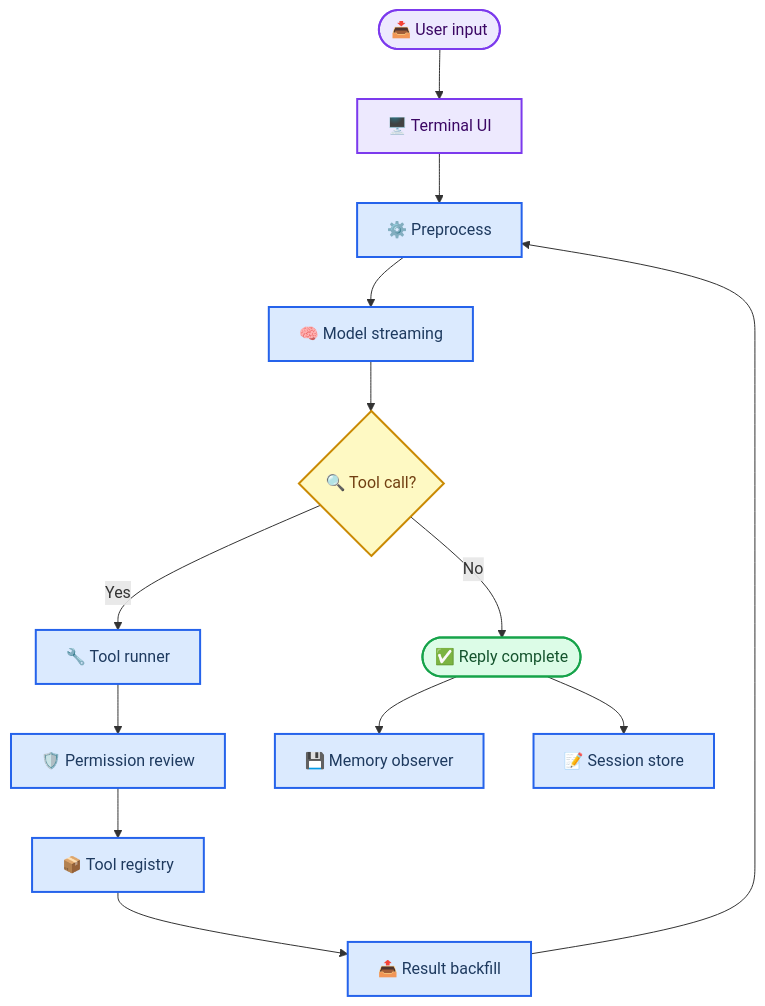
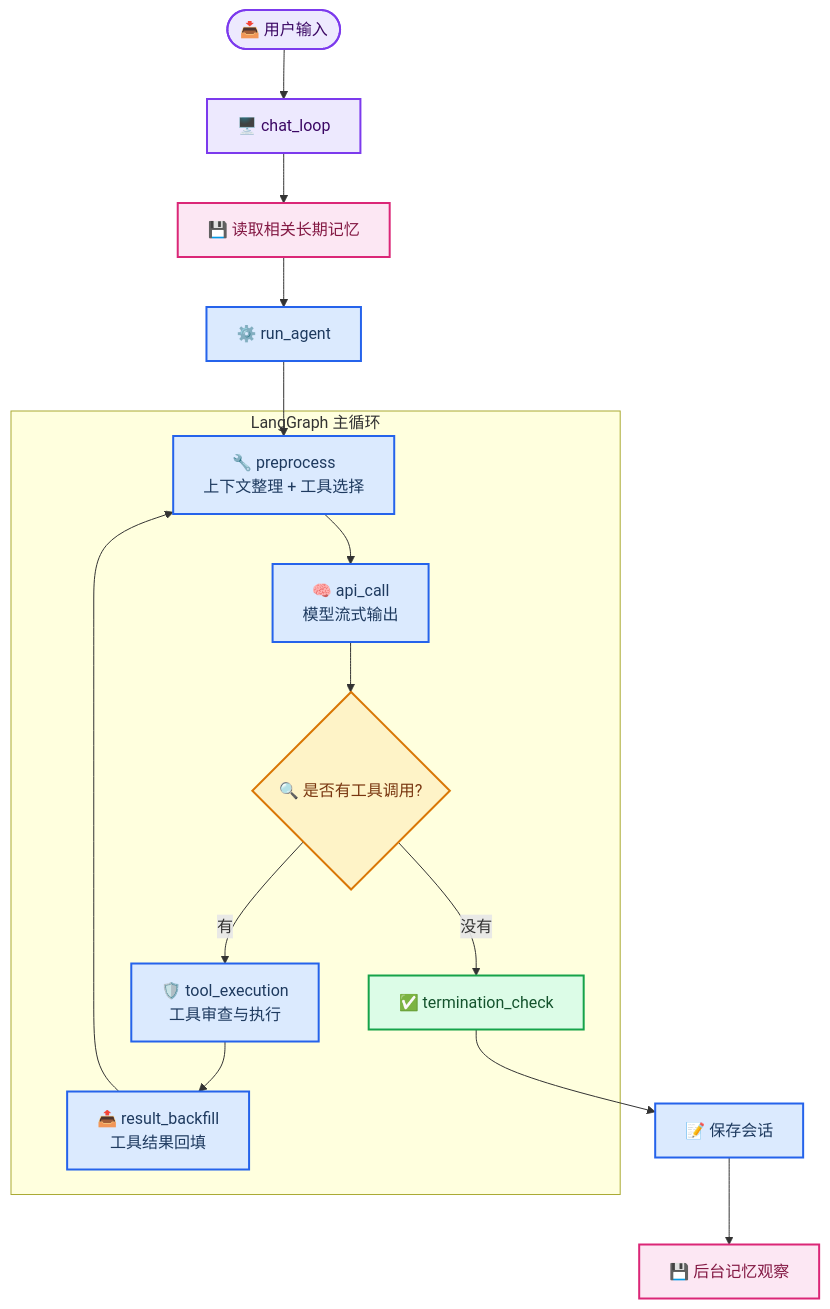
The diagram in README.md (Anorlx/real_agent), drawn with Mermaid before and after one commit. The commit also changed other lines of this file and 2 other files, not shown here.

Commit message:
Refine repository README diagrams

````diff
--- a/README.md
+++ b/README.md
@@ -45,28 +48,41 @@
 ```mermaid
 flowchart TB
-    accTitle: code_agent Runtime Flow
-    accDescr: Runtime flow from terminal input through LangGraph preprocessing, model streaming, tool execution, result backfill, memory observation, and session persistence
+    accTitle: code_agent Runtime Path
+    accDescr: One user turn flows from terminal input through memory retrieval, LangGraph preprocessing, model streaming, optional tool execution, result backfill, and finally session and memory persistence.
 
-    user_input([📥 User input]) --> terminal[🖥️ Terminal UI]
-    terminal --> preprocess[⚙️ Preprocess]
-    preprocess --> api_call[🧠 Model streaming]
-    api_call --> has_tool{🔍 Tool call?}
-    has_tool -->|No| finish([✅ Reply complete])
-    has_tool -->|Yes| tool_runner[🔧 Tool runner]
-    tool_runner --> permission[🛡️ Permission review]
-    permission --> tools[📦 Tool registry]
-    tools --> backfill[📤 Result backfill]
-    backfill --> preprocess
-    finish --> memory[💾 Memory observer]
-    finish --> session[📝 Session store]
+    user_input([📥 用户输入]) --> cli[🖥️ chat_loop]
+    cli --> memory_retrieval[💾 读取相关长期记忆]
+    memory_retrieval --> run_agent[⚙️ run_agent]
+
+    subgraph graph_loop ["LangGraph 主循环"]
+        preprocess[🔧 preprocess<br/>上下文整理 + 工具选择]
+        api_call[🧠 api_call<br/>模型流式输出]
+        branch{🔍 是否有工具调用?}
+        tool_execution[🛡️ tool_execution<br/>工具审查与执行]
+        result_backfill[📤 result_backfill<br/>工具结果回填]
+        termination[✅ termination_check]
+
+        preprocess --> api_call
+        api_call --> branch
+        branch -->|有| tool_execution
+        tool_execution --> result_backfill
+        result_backfill --> preprocess
+        branch -->|没有| termination
+    end
+
+    run_agent --> preprocess
+    termination --> save_session[📝 保存会话]
+    save_session --> memory_observer[💾 后台记忆观察]
 
     classDef input fill:#ede9fe,stroke:#7c3aed,stroke-width:2px,color:#3b0764
     classDef process fill:#dbeafe,stroke:#2563eb,stroke-width:2px,color:#1e3a5f
-    classDef decision fill:#fef9c3,stroke:#ca8a04,stroke-width:2px,color:#713f12
+    classDef memory fill:#fce7f3,stroke:#db2777,stroke-width:2px,color:#831843
+    classDef decision fill:#fef3c7,stroke:#d97706,stroke-width:2px,color:#78350f
     classDef success fill:#dcfce7,stroke:#16a34a,stroke-width:2px,color:#14532d
 
-    class user_input,terminal input
-    class preprocess,api_call,tool_runner,permission,tools,backfill,memory,session process
-    class has_tool decision
-    class finish success
+    class user_input,cli input
+    class run_agent,preprocess,api_call,tool_execution,result_backfill,save_session process
+    class memory_retrieval,memory_observer memory
+    class branch decision
+    class termination success
 ```
````
